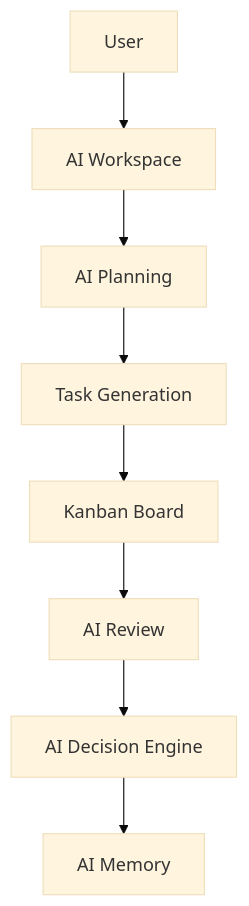
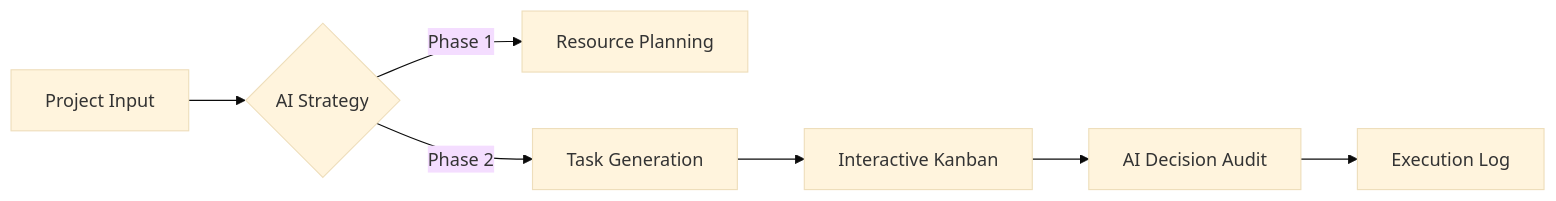
Before and after one commit to Prabesh666/-AI-Autonomous-Web-Project-Manager-Using-Agentic-and-Generative-AI-Frontend-: the diagram in README.md, drawn with Mermaid (base theme). The commit also changed other lines of this file and 49 other files, not shown here.

````diff
--- a/README.md
+++ b/README.md
@@ -161,10 +83,9 @@
 ```mermaid
-graph TD
-A[User] --> B[AI Workspace]
-B --> C[AI Planning]
-C --> D[Task Generation]
-D --> E[Kanban Board]
-E --> F[AI Review]
-F --> G[AI Decision Engine]
-G --> H[AI Memory]
+graph LR
+    A[Project Input] --> B{AI Strategy}
+    B -->|Phase 1| C[Resource Planning]
+    B -->|Phase 2| D[Task Generation]
+    D --> E[Interactive Kanban]
+    E --> F[AI Decision Audit]
+    F --> G[Execution Log]
 ```
````
